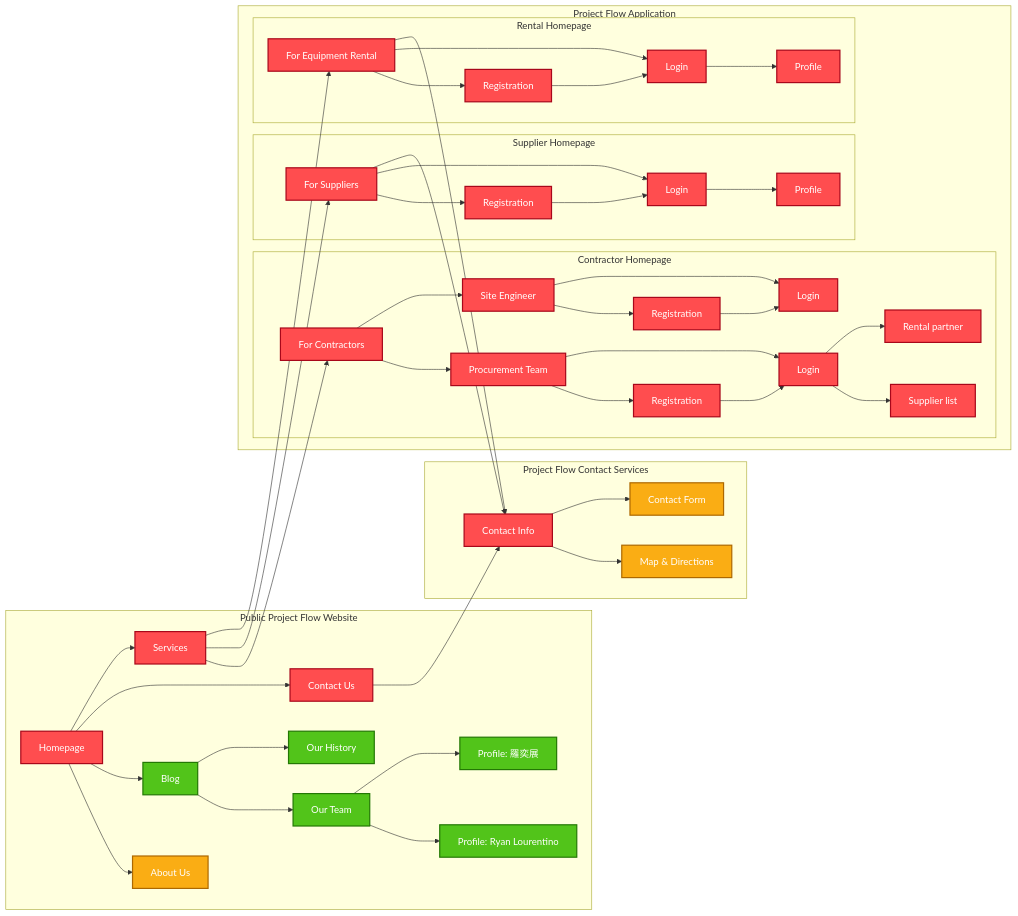
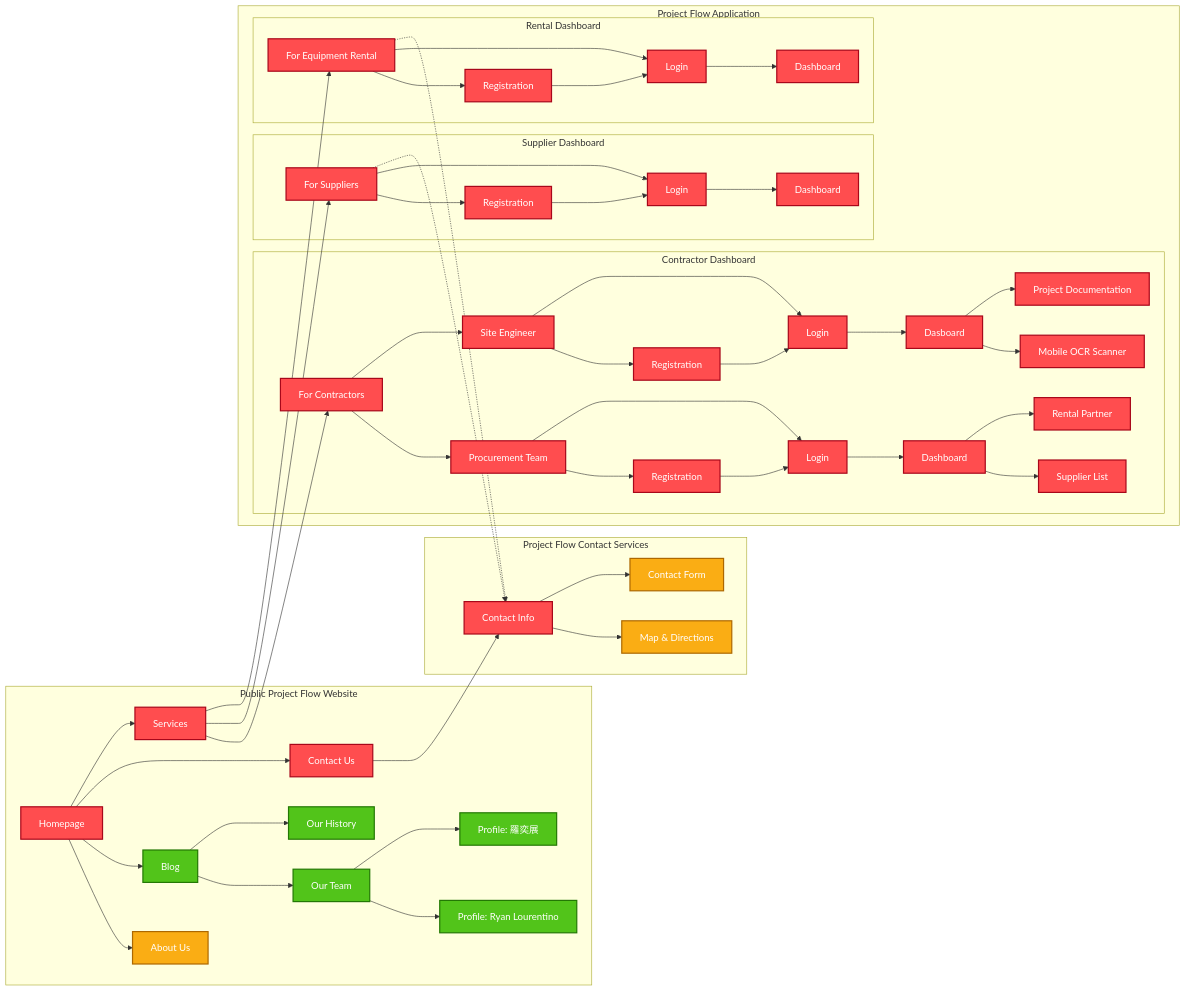
Before and after one commit to ryanlourentino/project-flow: the diagram in README.md, drawn with Mermaid. The commit also changed other lines of this file, not shown here.

````diff
--- a/README.md
+++ b/README.md
@@ -19,75 +19,81 @@
 ```mermaid 
 graph LR
-
+	%% Priority Class Definitions
 	classDef high fill:#ff4d4f,stroke:#a8071a,stroke-width:2px,color:#ffffff;
 	classDef medium fill:#faad14,stroke:#ad6800,stroke-width:2px,color:#ffffff;
 	classDef low fill:#52c41a,stroke:#237804,stroke-width:2px,color:#ffffff;
 
 	%% Public Project Flow Website
-    subgraph Public["Public Project Flow Website"]
-        A[Homepage] --> B["About Us"]
-        A --> C["Blog"]
+	subgraph Public["Public Project Flow Website"]
+		A[Homepage] --> B["About Us"]
+		A --> C["Blog"]
 
-        C --> C1["Our Team"]
-        C --> C2["Our History"]
+		C --> C1["Our Team"]
+		C --> C2["Our History"]
 
-        C1 --> CA1["Profile: Ryan Lourentino"]
-        C1 --> CA2["Profile: 羅奕展"]
+		C1 --> CA1["Profile: Ryan Lourentino"]
+		C1 --> CA2["Profile: 羅奕展"]
 
-        A --> D["Contact Us"]
-		
-        A --> E["Services"]
-    end
+		A --> D["Contact Us"]
+		A --> E["Services"]
+	end
 
-    %% Customer Contact Services
-    subgraph Contact["Project Flow Contact Services"]
+	%% Customer Contact Services
+	subgraph Contact["Project Flow Contact Services"]
 		D --> D1["Contact Info"]
-        D1 --> D2["Map & Directions"]
-        D1 --> D3["Contact Form"]
-    end
+		D1 --> D2["Map & Directions"]
+		D1 --> D3["Contact Form"]
+	end
 
-    %% Project Flow Application
-    subgraph App["Project Flow Application"]
-        E --> Co1["For Contractors"]
-        E --> Sup1["For Suppliers"]
-        E --> ER1["For Equipment Rental"]
+	%% Project Flow Application Section
+	subgraph App["Project Flow Application"]
+		E --> Co1["For Contractors"]
+		E --> Sup1["For Suppliers"]
+		E --> ER1["For Equipment Rental"]
 
-        subgraph Contractors["Contractor Homepage"]
-            Co1 --> Pro1["Procurement Team"]
-            Co1 --> SE1["Site Engineer"]
+		%% Contractor Homepage
+		subgraph Contractors["Contractor Dashboard"]
+			Co1 --> Pro1["Procurement Team"]
+			Co1 --> SE1["Site Engineer"]
 
-            Pro1 --> Pro2["Registration"]
-            Pro1 --> Pro3["Login"]
-            Pro2 --> Pro3
-            Pro3 --> S1["Supplier list"]
-            Pro3 --> S2["Rental partner"]
+			Pro1 --> Pro2["Registration"]
+			Pro1 --> Pro3["Login"]
+			Pro2 --> Pro3
+			Pro3 --> Pro4["Dashboard"]
+			Pro4 --> Pro5["Supplier List"]
+			Pro4 --> Pro6["Rental Partner"]
 
-            SE1 --> SE2["Registration"]
-            SE1 --> SE3["Login"]
-            SE2 --> SE3
-        end
+			SE1 --> SE2["Registration"]
+			SE1 --> SE3["Login"]
+			SE2 --> SE3
+			SE3 --> SE4["Dasboard"]
+			SE4 --> SE5["Mobile OCR Scanner"]
+			SE4 --> SE6["Project Documentation"]
+		end
 
-        subgraph Suppliers["Supplier Homepage"]
-            Sup1 --> Sup2["Registration"]
-            Sup1 --> Sup3["Login"]
-            Sup2 --> Sup3
-            Sup1 --> D1
-            Sup3 --> Sup4["Profile"]
-        end
+		%% Supplier Homepage
+		subgraph Suppliers["Supplier Dashboard"]
+			Sup1 --> Sup2["Registration"]
+			Sup1 --> Sup3["Login"]
+			Sup2 --> Sup3
+			Sup3 --> Sup4["Dashboard"]
+		end
 
-        subgraph Rentals["Rental Homepage"]
-            ER1 --> ER2["Registration"]
-            ER1 --> ER3["Login"]
-            ER2 --> ER3
-            ER1 --> D1
-            ER3 --> ER5["Profile"]
-        end
-    end
+		%% Rental Homepage
+		subgraph Rentals["Rental Dashboard"]
+			ER1 --> ER2["Registration"]
+			ER1 --> ER3["Login"]
+			ER2 --> ER3
+			ER3 --> ER5["Dashboard"]
+		end
+	end
 
-	
+	%% Direct Navigation Links back to Contact
+	Sup1 -.-> D1
+	ER1 -.-> D1
 
-	%%DefPriority
-	class A,D,D1,E,Co1,Sup1,Pro1,Pro2,Pro3,SE1,SE2,SE3,Sup2,Sup3,ER1,ER2,ER3,Sup4,S2,S1,ER5 high;
+	%% Priority Class Assignments
+	class A,D,D1,E,Co1,Sup1,Pro1,Pro2,Pro3,Pro4,Pro5,Pro6,SE1,SE2,SE3,SE4,SE5,SE6,Sup2,Sup3,ER1,ER2,ER3,Sup4,ER5 high;
 	class B,D2,D3 medium;
 	class C,C1,C2,CA1,CA2 low;
 ```
````
